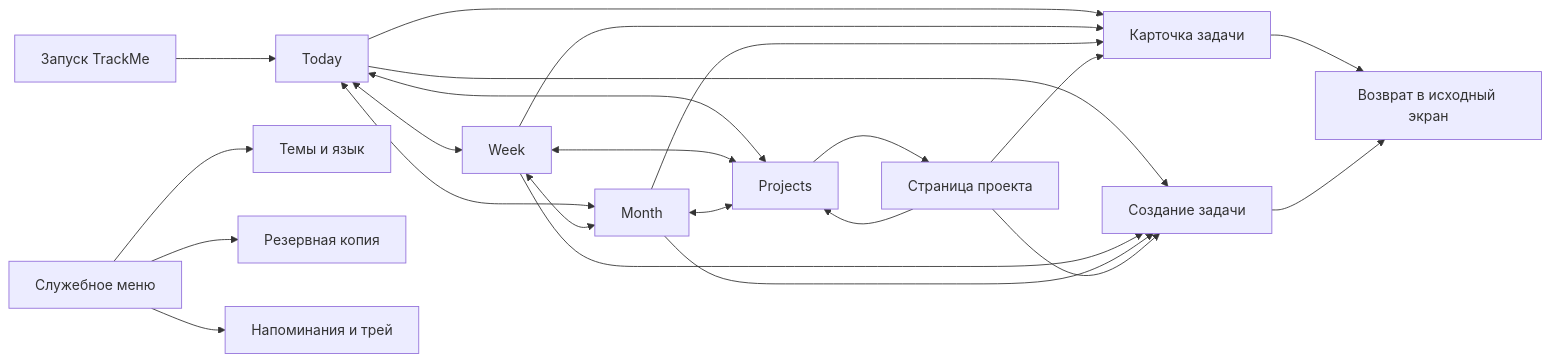
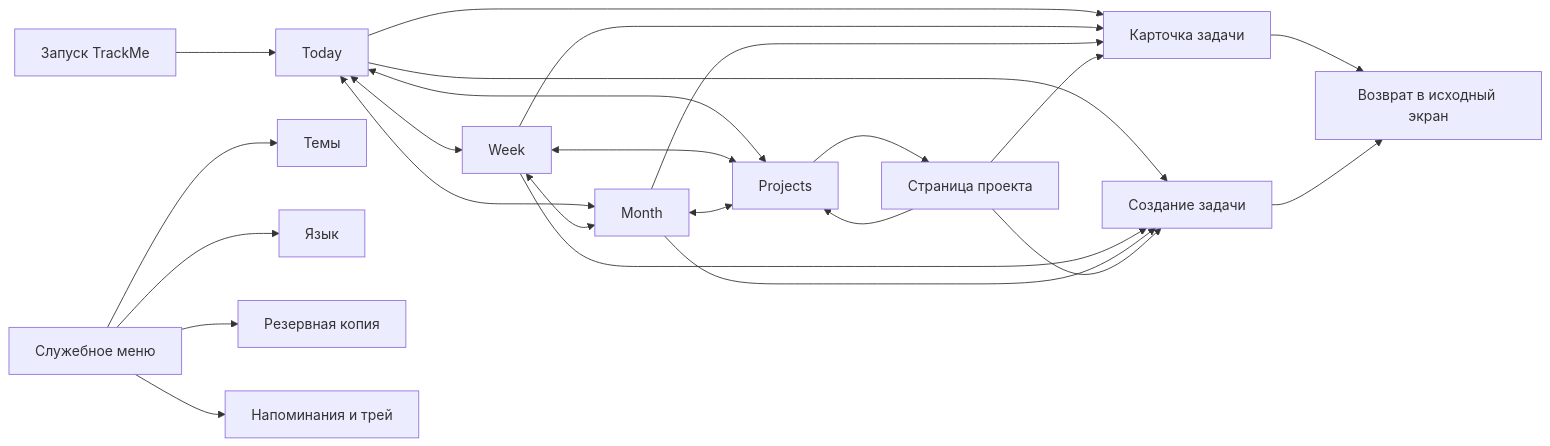
Before and after one commit to Arctic-beaver/TrackMe: the diagram in docs/project-plan/PHASE-0-SCREEN-MAP.md, drawn with Mermaid. The commit also changed other lines of this file and 13 other files, not shown here.

````diff
--- a/docs/project-plan/PHASE-0-SCREEN-MAP.md
+++ b/docs/project-plan/PHASE-0-SCREEN-MAP.md
@@ -14,31 +14,32 @@
 ```mermaid
 flowchart LR
     Launch["Запуск TrackMe"] --> Today["Today"]
 
     Today <--> Week["Week"]
     Today <--> Month["Month"]
     Today <--> Projects["Projects"]
     Week <--> Month
     Week <--> Projects
     Month <--> Projects
 
     Projects --> Project["Страница проекта"]
     Project --> Projects
 
     Today --> Task["Карточка задачи"]
     Week --> Task
     Month --> Task
     Project --> Task
 
     Today --> Create["Создание задачи"]
     Week --> Create
     Month --> Create
     Project --> Create
 
     Task --> Context["Возврат в исходный экран"]
     Create --> Context
 
-    Utility["Служебное меню"] --> Appearance["Темы и язык"]
+    Utility["Служебное меню"] --> Appearance["Темы"]
+    Utility --> Language["Язык"]
     Utility --> Backup["Резервная копия"]
     Utility --> Reminders["Напоминания и трей"]
 ```
````
